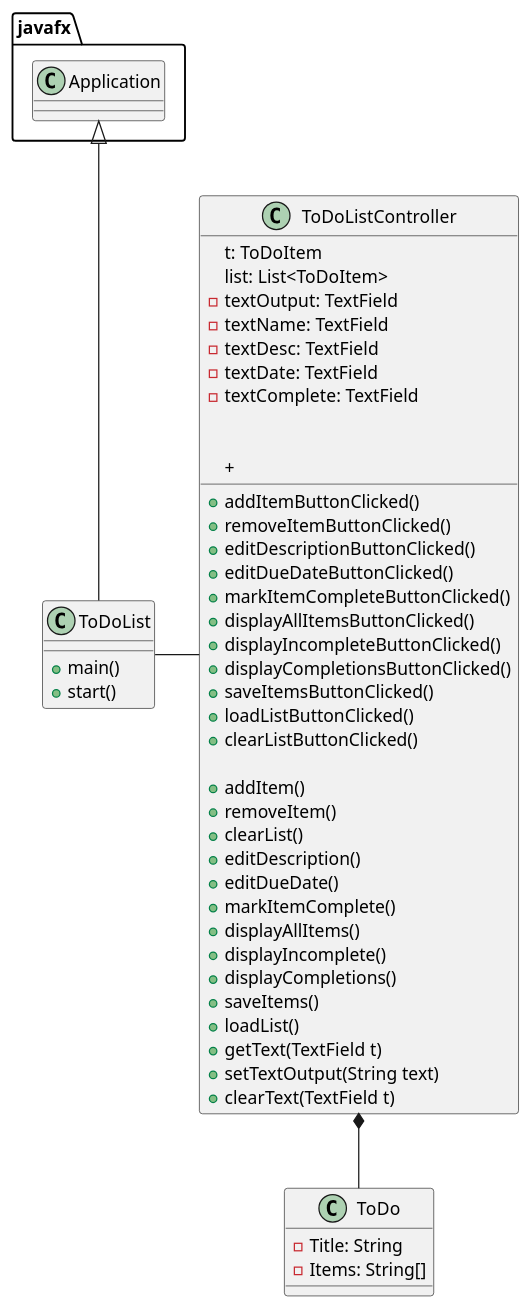
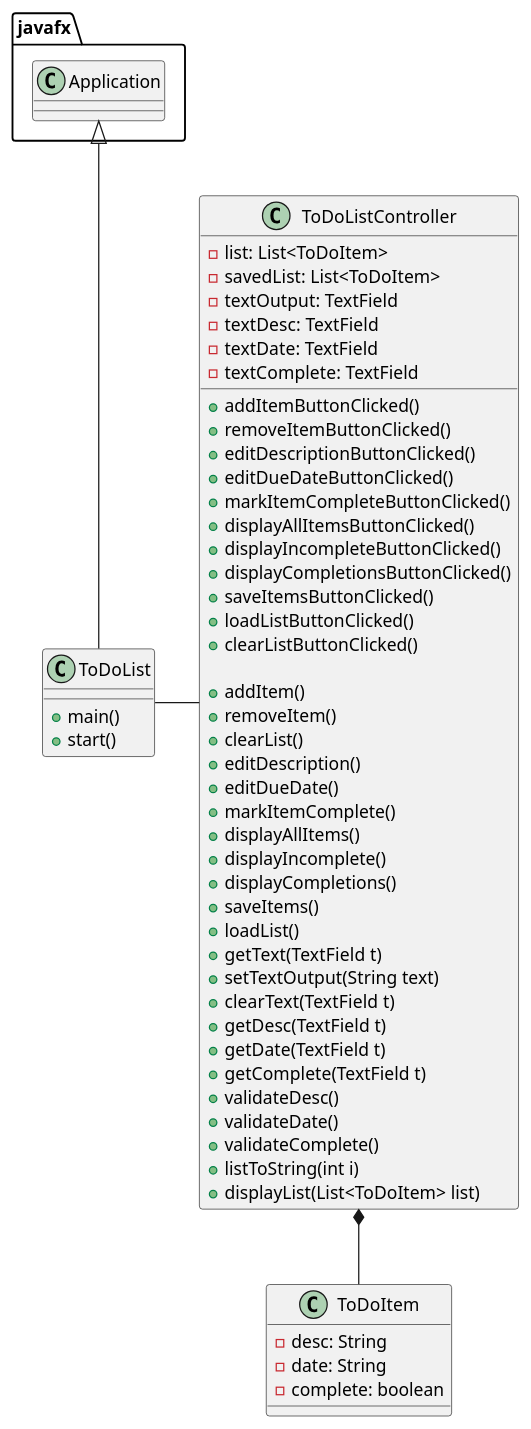
One commit to christianklingbiel/klingbiel-cop3330-assignment4 changed the diagram in uml/ToDoList.puml. Above: the diagram before and after it, drawn with PlantUML. The commit also changed 5 other files, not shown here.

```diff
--- a/uml/ToDoList.puml
+++ b/uml/ToDoList.puml
@@ -1,58 +1,66 @@
 @startuml
 'https://plantuml.com/class-diagram
 
 class ToDoList {
     + main()
     + start()
 }
 
-class ToDo {
-    - Title: String
-    - Items: String[]
+class ToDoItem {
+    - desc: String
+    - date: String
+    - complete: boolean
 }
 
 class ToDoListController {
-    t: ToDoItem
-    list: List<ToDoItem>
+    - list: List<ToDoItem>
+    - savedList: List<ToDoItem>
     - textOutput: TextField
-    - textName: TextField
     - textDesc: TextField
     - textDate: TextField
     - textComplete: TextField
 
     + addItemButtonClicked()
     + removeItemButtonClicked()
     + editDescriptionButtonClicked()
     + editDueDateButtonClicked()
     + markItemCompleteButtonClicked()
     + displayAllItemsButtonClicked()
     + displayIncompleteButtonClicked()
     + displayCompletionsButtonClicked()
     + saveItemsButtonClicked()
     + loadListButtonClicked()
     + clearListButtonClicked()
 
     + addItem()
     + removeItem()
     + clearList()
     + editDescription()
     + editDueDate()
     + markItemComplete()
     + displayAllItems()
     + displayIncomplete()
     + displayCompletions()
     + saveItems()
     + loadList()
     + getText(TextField t)
     + setTextOutput(String text)
     + clearText(TextField t)
-    +
+    + getDesc(TextField t)
+    + getDate(TextField t)
+    + getComplete(TextField t)
+    + validateDesc()
+    + validateDate()
+    + validateComplete()
+    + listToString(int i)
+    + displayList(List<ToDoItem> list)
+
 }
 
 javafx.Application <|-- ToDoList
 
 ToDoList - ToDoListController
 
-ToDoListController *-- ToDo
+ToDoListController *-- ToDoItem
 
 @enduml
```
